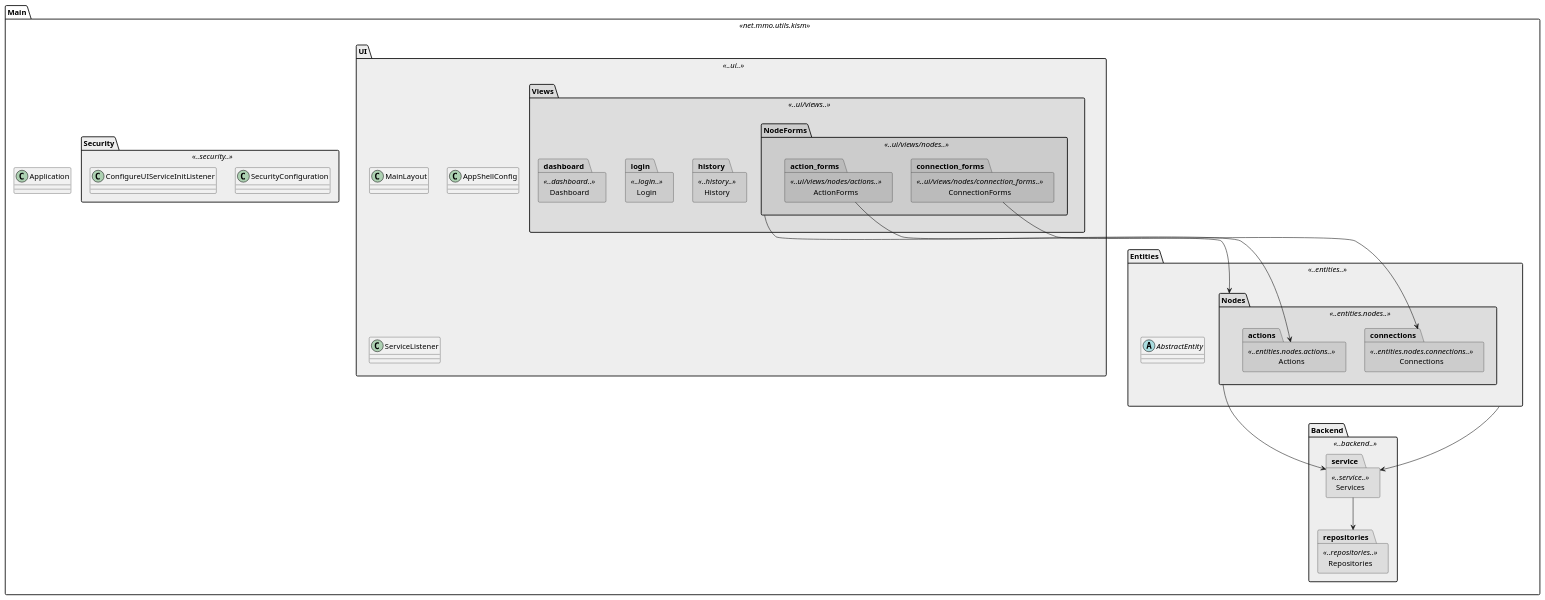
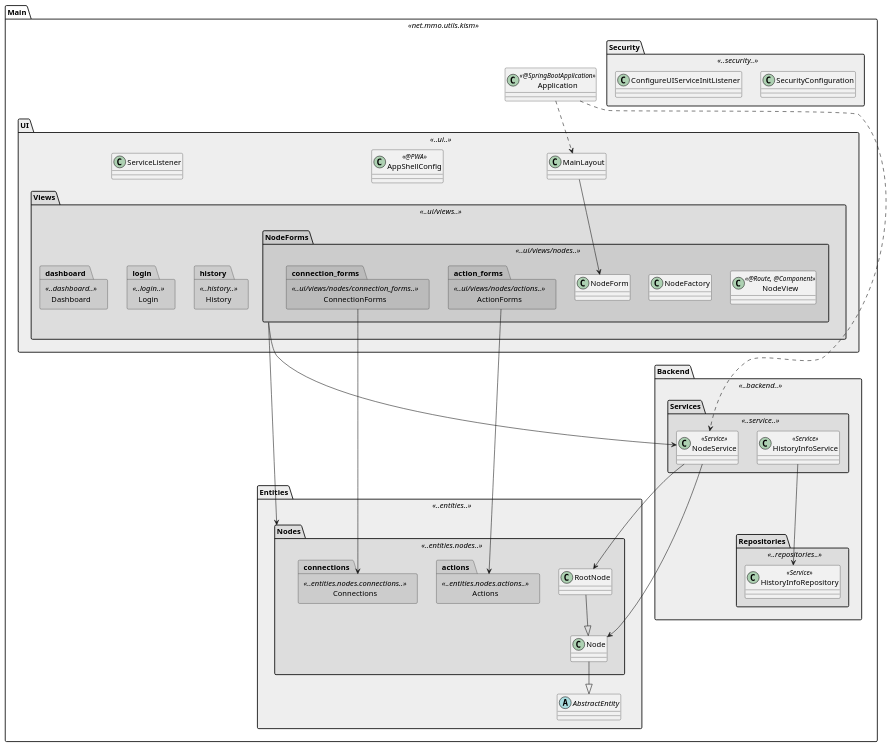
The diagram in docs/kismon.puml (mmoser18/kismon), drawn with PlantUML before and after one commit. The commit also changed 5 other files, not shown here.

```diff
--- a/docs/kismon.puml
+++ b/docs/kismon.puml
@@ -1,67 +1,84 @@
 @startuml
 
 package "Main" <<net.mmo.utils.kism>> as main [[../src/main/java/net/mmo/utils/kism]] {
 
-	class Application [[../src/main/java/net/mmo/utils/kism/Application.java]]
+	class Application <<@SpringBootApplication>> [[../src/main/java/net/mmo/utils/kism/Application.java]]
 
 	package "UI" <<..ui..>> as ui [[../src/main/java/net/mmo/utils/kism/ui]] #EEEEEE {
 
+		class MainLayout [[../src/main/java/net/mmo/utils/kism/ui/MainLayout.java]]
+
 		package "Views" <<..ui/views..>> as views [[../src/main/java/net/mmo/utils/kism/ui/views]] #DDDDDD {
 			package "NodeForms" <<..ui/views/nodes..>> as node_forms [[../src/main/java/net/mmo/utils/kism/ui/views/nodes]] #CCCCCC {
+				class NodeView <<@Route, @Component>> [[../src/main/java/net/mmo/utils/kism/ui/nodes/NodeView.java]]
+				class NodeFactory [[../src/main/java/net/mmo/utils/kism/ui/nodes/NodeFactory.java]]
+				class NodeForm [[../src/main/java/net/mmo/utils/kism/ui/nodes/NodeForm.java]]
+			
 				package "ConnectionForms" <<..ui/views/nodes/connection_forms..>> as connection_forms [[../src/main/java/net/mmo/utils/kism/ui/views/nodes/connection_forms]] #BBBBBB {
 				}
 				package "ActionForms" <<..ui/views/nodes/actions..>> as action_forms [[../src/main/java/net/mmo/utils/kism/ui/views/nodes/actions]] #BBBBBB {
 				}
 			}
 			package "History" <<..history..>> as history [[../src/main/java/net/mmo/utils/kism/ui/views/history]] #CCCCCC {
 			}
 			package "Login" <<..login..>> as login [[../src/main/java/net/mmo/utils/kism/ui/views/login]] #CCCCCC {
 			}
 			package "Dashboard" <<..dashboard..>> as dashboard [[../src/main/java/net/mmo/utils/kism/ui/views/dashboard]] #CCCCCC {
 			}
 		}
 		
 		class MainLayout [[../src/main/java/net/mmo/utils/kism/ui/MainLayout.java]]
-		class AppShellConfig [[../src/main/java/net/mmo/utils/kism/ui/AppShellConfig.java]]
+		class AppShellConfig <<@PWA>> [[../src/main/java/net/mmo/utils/kism/ui/AppShellConfig.java]]
 		class ServiceListener [[../src/main/java/net/mmo/utils/kism/ui/ServiceListener.java]]
 	}
 
 	package "Entities" <<..entities..>> as entities #EEEEEE {
 
 		abstract class AbstractEntity [[../src/main/java/net/mmo/utils/kism/entities/AbstractEntity.java]]
 		
 		package "Nodes" <<..entities.nodes..>> as nodes [[../src/main/java/net/mmo/utils/kism/entities/nodes]] #DDDDDD {
+		
+			class Node [[../src/main/java/net/mmo/utils/kism/entities/nodes/Node.java]]
+			class RootNode [[../src/main/java/net/mmo/utils/kism/entities/nodes/RootNode.java]]
+		
 			package "Connections" <<..entities.nodes.connections..>> as connections [[../src/main/java/net/mmo/utils/kism/entities/nodes/connections]] #CCCCCC {
 			}
 			package "Actions" <<..entities.nodes.actions..>> as actions [[../src/main/java/net/mmo/utils/kism/entities/nodes/actions]] #CCCCCC {
 			}
 		}
 	}
 
 	package "Backend" <<..backend..>> as backend #EEEEEE {
 		package "Services" <<..service..>> as service #DDDDDD {
+			class NodeService <<Service>> [[../src/main/java/net/mmo/utils/kism/backend/service/NodeService.java]]
+			class HistoryInfoService <<Service>> [[../src/main/java/net/mmo/utils/kism/backend/service/HistoryInfoService.java]]
+
 		}
 		package "Repositories" <<..repositories..>> as repositories #DDDDDD {
+			class HistoryInfoRepository <<Service>> [[../src/main/java/net/mmo/utils/kism/backend/repositories/HistoryInfoRepository.java]]		
 		}
 	}
 
 	package "Security" <<..security..>> as security #EEEEEE {
 		class SecurityConfiguration [[../src/main/java/net/mmo/utils/kism/security/SecurityConfiguration.java]]
 		class ConfigureUIServiceInitListener [[../src/main/java/net/mmo/utils/kism/security/ConfigureUIServiceInitListener.java]]
 	}
 
-	ui -[hidden]-> entities
+	Application ..> MainLayout
+	Application ..> NodeService
 
-	nodes --> service
-	
-	entities --> service
-	
-	service --> repositories
-	
 	node_forms --> nodes
 	connection_forms --> connections
 	action_forms --> actions
+	node_forms --> NodeService
 
+	MainLayout --> NodeForm
+	NodeService --> RootNode
+	NodeService --> Node
+	RootNode --|> Node
+	Node --|> AbstractEntity
+	
+	HistoryInfoService --> HistoryInfoRepository
 }
 
 @enduml
```
